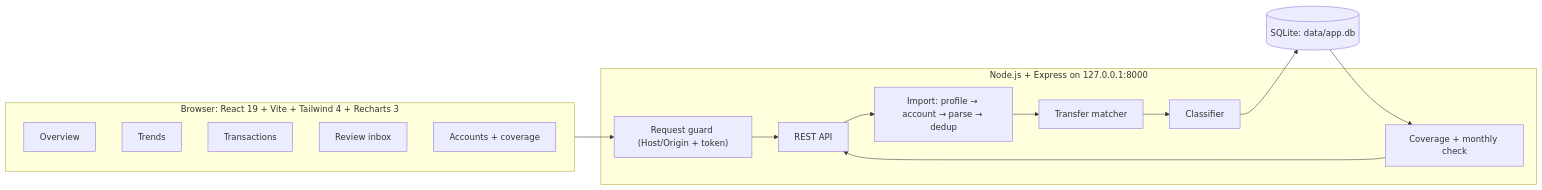
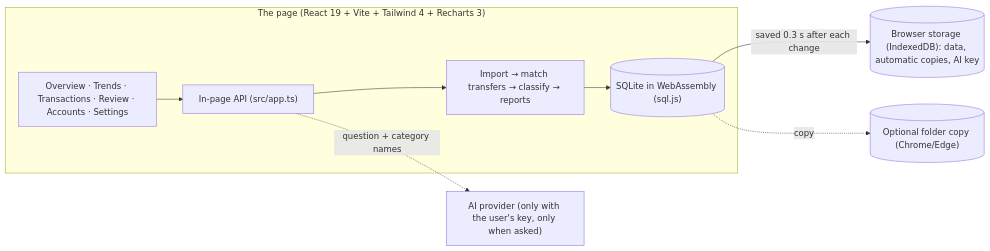
The first of 5 diagrams in DESIGN.md (walletwhisper/walletwhisper.github.io), drawn with Mermaid before and after one commit. The commit also changed other lines of this file and 47 other files, not shown here.

````diff
--- a/DESIGN.md
+++ b/DESIGN.md
@@ -68,25 +71,17 @@
 ```mermaid
 flowchart LR
-    subgraph Browser ["Browser: React 19 + Vite + Tailwind 4 + Recharts 3"]
-        Overview["Overview"]
-        Trends["Trends"]
-        Table["Transactions"]
-        Review["Review inbox"]
-        Accounts["Accounts + coverage"]
+    subgraph Page ["The page (React 19 + Vite + Tailwind 4 + Recharts 3)"]
+        Screens["Overview · Trends · Transactions · Review · Accounts · Settings"]
+        API["In-page API (src/app.ts)"]
+        Engine["Import → match transfers → classify → reports"]
+        SQL[("SQLite in WebAssembly (sql.js)")]
     end
+    IDB[("Browser storage (IndexedDB): data, automatic copies, AI key")]
+    Folder[("Optional folder copy (Chrome/Edge)")]
+    AI["AI provider (only with the user's key, only when asked)"]
 
-    subgraph Server ["Node.js + Express on 127.0.0.1:8000"]
-        Guard["Request guard (Host/Origin + token)"]
-        Import["Import: profile → account → parse → dedup"]
-        Match["Transfer matcher"]
-        Classify["Classifier"]
-        Checks["Coverage + monthly check"]
-        API["REST API"]
-    end
-
-    DB[("SQLite: data/app.db")]
-
-    Browser --> Guard --> API
-    API --> Import --> Match --> Classify --> DB
-    DB --> Checks --> API
+    Screens --> API --> Engine --> SQL
+    SQL -- "saved 0.3 s after each change" --> IDB
+    SQL -. "copy" .-> Folder
+    API -. "question + category names" .-> AI
 ```
````
